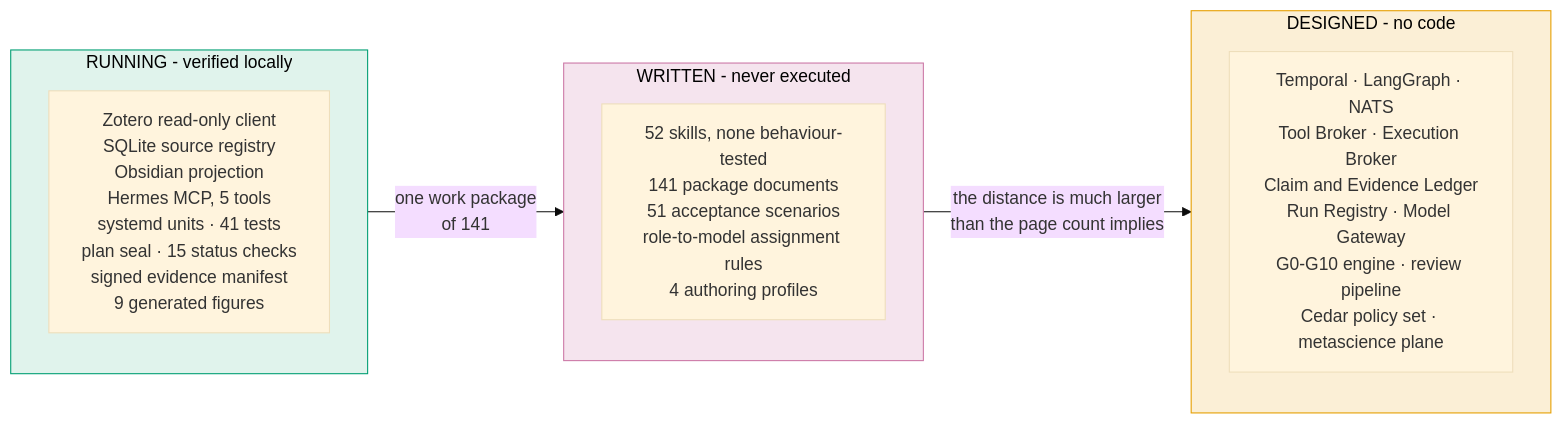
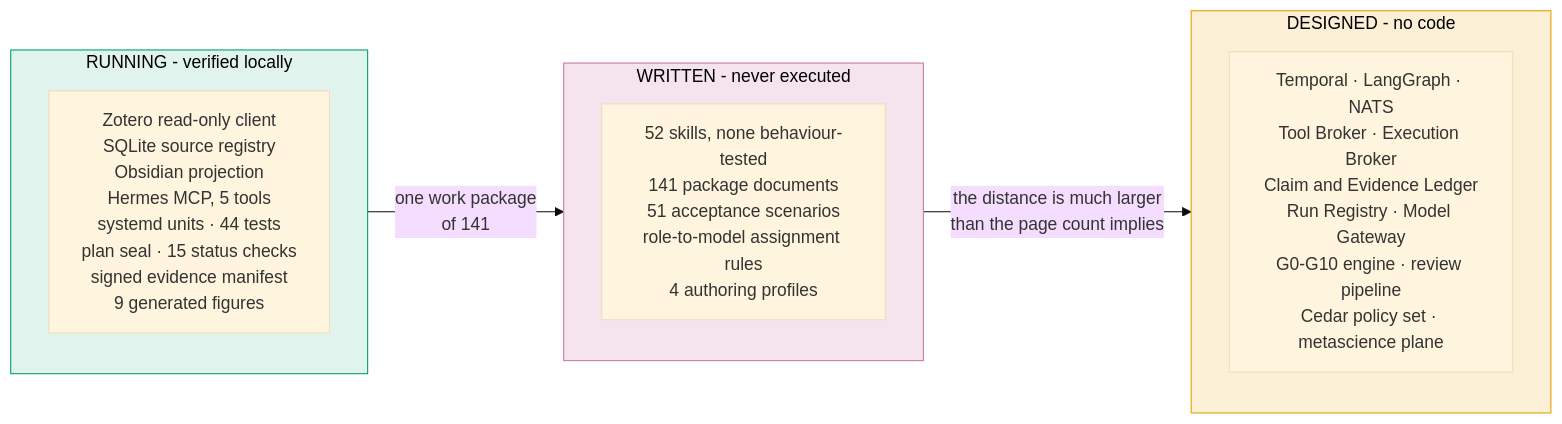
Diagram 14 of 16 in README.md (furkanhanilci/AETHRION), drawn with Mermaid (base theme) before and after one commit. The commit also changed other lines of this file and 13 other files, not shown here.

````diff
--- a/README.md
+++ b/README.md
@@ -675,17 +675,17 @@
 ```mermaid
 flowchart LR
     subgraph WORKING["RUNNING - verified locally"]
-        W["Zotero read-only client<br/>SQLite source registry<br/>Obsidian projection<br/>Hermes MCP, 5 tools<br/>systemd units · 41 tests<br/>plan seal · 15 status checks<br/>signed evidence manifest<br/>9 generated figures"]
+        W["Zotero read-only client<br/>SQLite source registry<br/>Obsidian projection<br/>Hermes MCP, 5 tools<br/>systemd units · 44 tests<br/>plan seal · 15 status checks<br/>signed evidence manifest<br/>9 generated figures"]
     end
     subgraph WRITTEN["WRITTEN - never executed"]
         S["52 skills, none behaviour-tested<br/>141 package documents<br/>51 acceptance scenarios<br/>role-to-model assignment rules<br/>4 authoring profiles"]
     end
     subgraph DESIGNED["DESIGNED - no code"]
         D["Temporal · LangGraph · NATS<br/>Tool Broker · Execution Broker<br/>Claim and Evidence Ledger<br/>Run Registry · Model Gateway<br/>G0-G10 engine · review pipeline<br/>Cedar policy set · metascience plane"]
     end
     WORKING -->|"one work package<br/>of 141"| WRITTEN
     WRITTEN -->|"the distance is much larger<br/>than the page count implies"| DESIGNED
     style WORKING fill:#E0F3EC,stroke:#009E73,color:#000
     style WRITTEN fill:#F5E4EE,stroke:#CC79A7,color:#000
     style DESIGNED fill:#FBEFD6,stroke:#E69F00,color:#000
 ```
````
